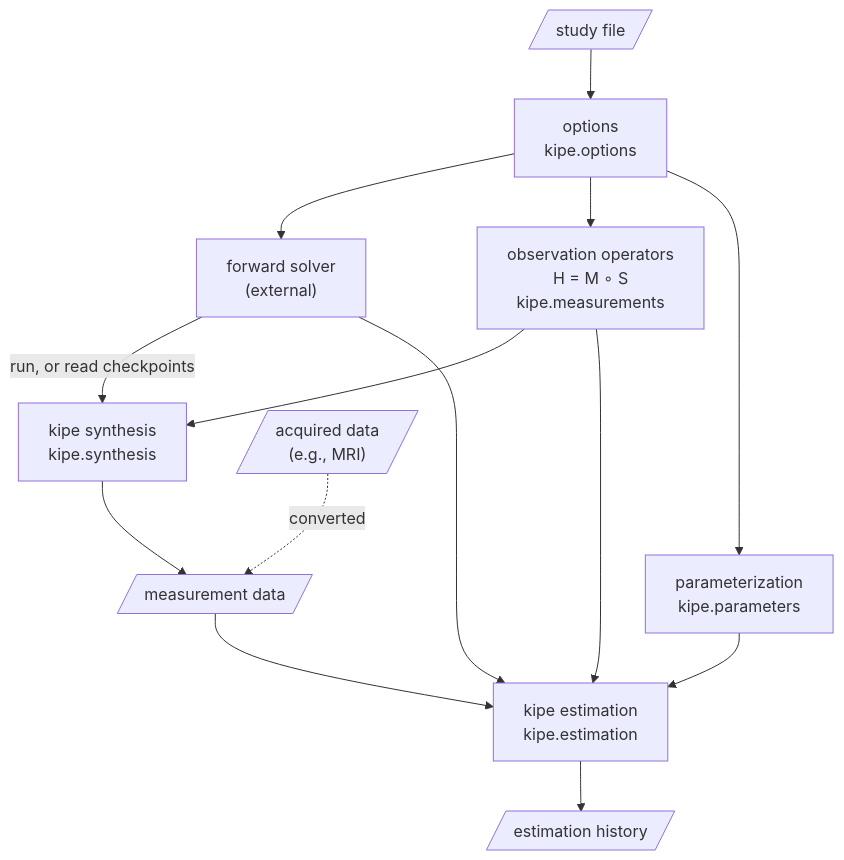
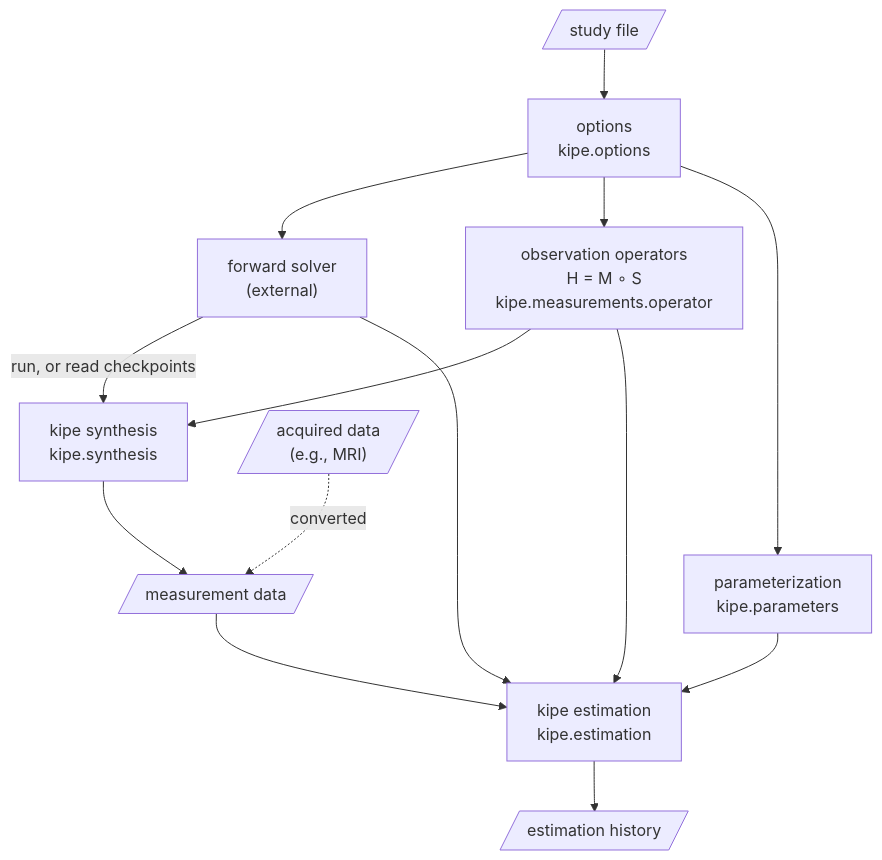
The first of 2 diagrams in docs/source/extending/architecture.rst (cardiomath/kipe), drawn with Mermaid before and after one commit. The commit also changed other lines of this file and 15 other files, not shown here.

```diff
--- a/docs/source/extending/architecture.rst
+++ b/docs/source/extending/architecture.rst
@@ -39,16 +39,16 @@
 .. mermaid::
 
    flowchart TD
        study[/"study file"/] --> options["options<br/>kipe.options"]
        options --> solver["forward solver<br/>(external)"]
-       options --> operators["observation operators<br/>H = M ∘ S<br/>kipe.measurements"]
+       options --> operators["observation operators<br/>H = M ∘ S<br/>kipe.measurements.operator"]
        options --> parameterization["parameterization<br/>kipe.parameters"]
        solver -- "run, or read checkpoints" --> synthesis["kipe synthesis<br/>kipe.synthesis"]
        operators --> synthesis
        synthesis --> data[/"measurement data"/]
        acquired[/"acquired data<br/>(e.g., MRI)"/] -. "converted" .-> data
        solver --> estimation["kipe estimation<br/>kipe.estimation"]
        operators --> estimation
        parameterization --> estimation
        data --> estimation
        estimation --> history[/"estimation history"/]
```
